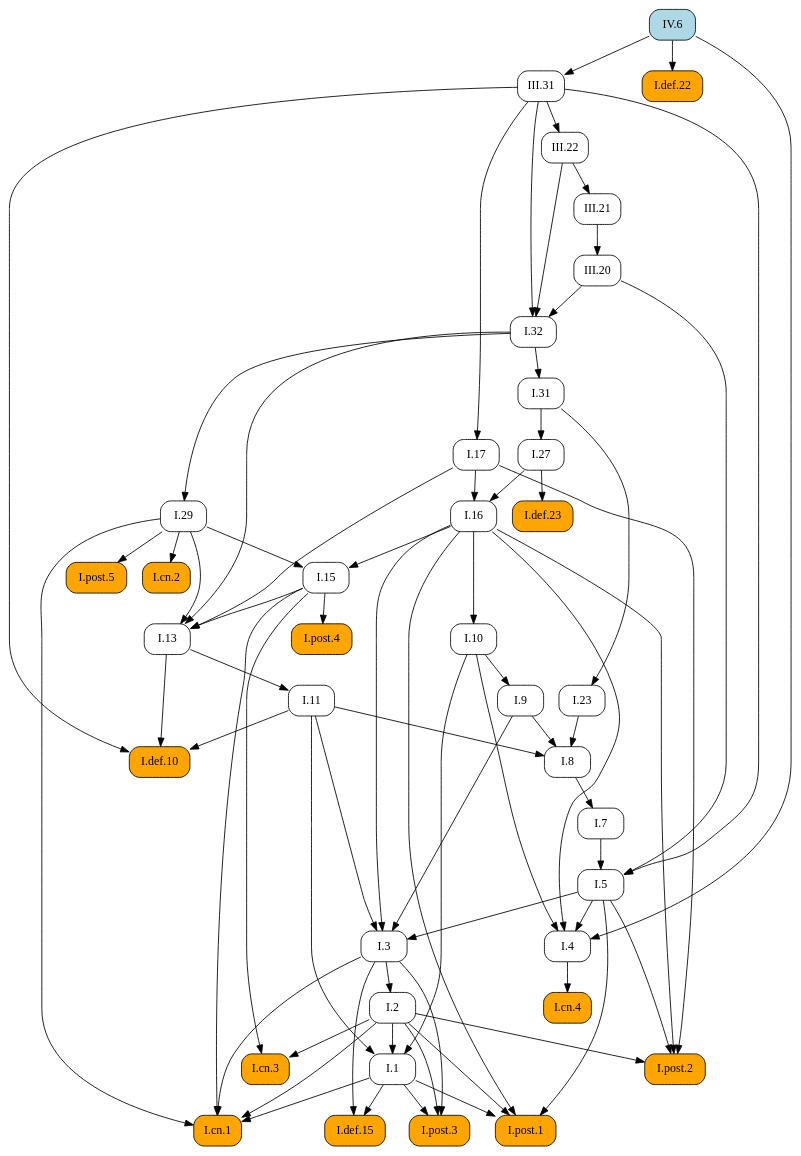
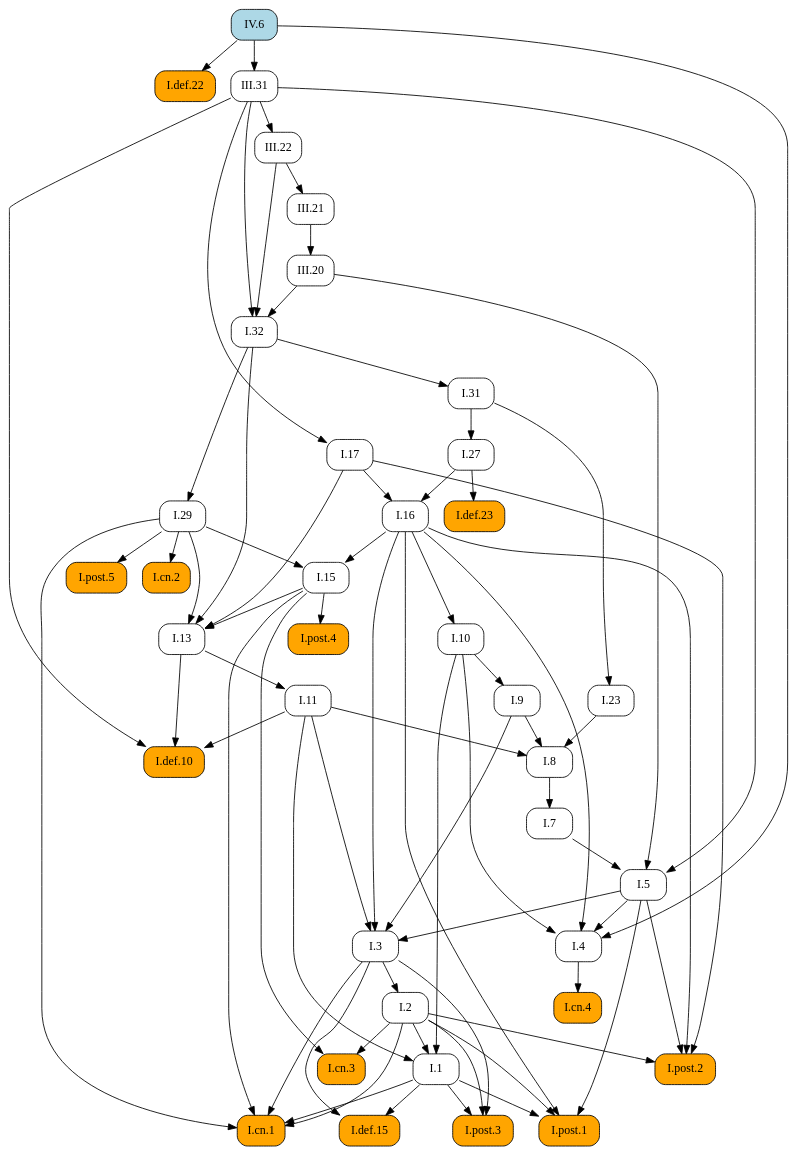
The diagram in docsrc/elements2/IV/6/index.rst (geometor/elements), drawn with Graphviz before and after one commit. The commit also changed other lines of this file and 171 other files, not shown here.

```diff
--- a/docsrc/elements2/IV/6/index.rst
+++ b/docsrc/elements2/IV/6/index.rst
@@ -64,112 +64,112 @@
    digraph {
      rankdir="TB";
      node [shape=box, style=rounded];
+     "I.8" [URL="/elements2/I/8/", target="_top"];
+     "I.32" [URL="/elements2/I/32/", target="_top"];
+     "IV.6" [style="rounded,filled", fillcolor=lightblue, URL="/elements2/IV/6/", target="_top"];
+     "I.post.1" [style="rounded,filled", fillcolor=orange, URL="/elements2/I/post.1/", target="_top"];
+     "I.5" [URL="/elements2/I/5/", target="_top"];
+     "I.def.22" [style="rounded,filled", fillcolor=orange, URL="/elements2/I/def.22/", target="_top"];
+     "I.post.5" [style="rounded,filled", fillcolor=orange, URL="/elements2/I/post.5/", target="_top"];
      "I.def.10" [style="rounded,filled", fillcolor=orange, URL="/elements2/I/def.10/", target="_top"];
+     "I.cn.2" [style="rounded,filled", fillcolor=orange, URL="/elements2/I/cn.2/", target="_top"];
      "III.22" [URL="/elements2/III/22/", target="_top"];
-     "I.32" [URL="/elements2/I/32/", target="_top"];
+     "I.def.15" [style="rounded,filled", fillcolor=orange, URL="/elements2/I/def.15/", target="_top"];
      "III.31" [URL="/elements2/III/31/", target="_top"];
+     "I.31" [URL="/elements2/I/31/", target="_top"];
+     "I.11" [URL="/elements2/I/11/", target="_top"];
+     "I.post.2" [style="rounded,filled", fillcolor=orange, URL="/elements2/I/post.2/", target="_top"];
+     "I.3" [URL="/elements2/I/3/", target="_top"];
+     "I.def.23" [style="rounded,filled", fillcolor=orange, URL="/elements2/I/def.23/", target="_top"];
+     "I.1" [URL="/elements2/I/1/", target="_top"];
      "I.cn.4" [style="rounded,filled", fillcolor=orange, URL="/elements2/I/cn.4/", target="_top"];
-     "I.def.22" [style="rounded,filled", fillcolor=orange, URL="/elements2/I/def.22/", target="_top"];
-     "I.def.15" [style="rounded,filled", fillcolor=orange, URL="/elements2/I/def.15/", target="_top"];
+     "I.cn.3" [style="rounded,filled", fillcolor=orange, URL="/elements2/I/cn.3/", target="_top"];
+     "III.21" [URL="/elements2/III/21/", target="_top"];
+     "III.20" [URL="/elements2/III/20/", target="_top"];
+     "I.17" [URL="/elements2/I/17/", target="_top"];
+     "I.7" [URL="/elements2/I/7/", target="_top"];
+     "I.9" [URL="/elements2/I/9/", target="_top"];
+     "I.cn.1" [style="rounded,filled", fillcolor=orange, URL="/elements2/I/cn.1/", target="_top"];
+     "I.29" [URL="/elements2/I/29/", target="_top"];
+     "I.16" [URL="/elements2/I/16/", target="_top"];
+     "I.post.4" [style="rounded,filled", fillcolor=orange, URL="/elements2/I/post.4/", target="_top"];
+     "I.13" [URL="/elements2/I/13/", target="_top"];
+     "I.2" [URL="/elements2/I/2/", target="_top"];
+     "I.27" [URL="/elements2/I/27/", target="_top"];
+     "I.4" [URL="/elements2/I/4/", target="_top"];
+     "I.10" [URL="/elements2/I/10/", target="_top"];
+     "I.15" [URL="/elements2/I/15/", target="_top"];
+     "I.23" [URL="/elements2/I/23/", target="_top"];
      "I.post.3" [style="rounded,filled", fillcolor=orange, URL="/elements2/I/post.3/", target="_top"];
-     "IV.6" [style="rounded,filled", fillcolor=lightblue, URL="/elements2/IV/6/", target="_top"];
-     "I.27" [URL="/elements2/I/27/", target="_top"];
-     "I.post.2" [style="rounded,filled", fillcolor=orange, URL="/elements2/I/post.2/", target="_top"];
-     "I.13" [URL="/elements2/I/13/", target="_top"];
-     "I.10" [URL="/elements2/I/10/", target="_top"];
-     "I.post.1" [style="rounded,filled", fillcolor=orange, URL="/elements2/I/post.1/", target="_top"];
-     "I.7" [URL="/elements2/I/7/", target="_top"];
-     "I.11" [URL="/elements2/I/11/", target="_top"];
-     "I.4" [URL="/elements2/I/4/", target="_top"];
-     "I.16" [URL="/elements2/I/16/", target="_top"];
-     "I.def.23" [style="rounded,filled", fillcolor=orange, URL="/elements2/I/def.23/", target="_top"];
-     "I.9" [URL="/elements2/I/9/", target="_top"];
-     "I.2" [URL="/elements2/I/2/", target="_top"];
-     "I.cn.2" [style="rounded,filled", fillcolor=orange, URL="/elements2/I/cn.2/", target="_top"];
-     "I.15" [URL="/elements2/I/15/", target="_top"];
-     "I.post.5" [style="rounded,filled", fillcolor=orange, URL="/elements2/I/post.5/", target="_top"];
-     "III.21" [URL="/elements2/III/21/", target="_top"];
-     "I.23" [URL="/elements2/I/23/", target="_top"];
-     "III.20" [URL="/elements2/III/20/", target="_top"];
-     "I.8" [URL="/elements2/I/8/", target="_top"];
-     "I.1" [URL="/elements2/I/1/", target="_top"];
-     "I.31" [URL="/elements2/I/31/", target="_top"];
-     "I.post.4" [style="rounded,filled", fillcolor=orange, URL="/elements2/I/post.4/", target="_top"];
-     "I.cn.1" [style="rounded,filled", fillcolor=orange, URL="/elements2/I/cn.1/", target="_top"];
-     "I.3" [URL="/elements2/I/3/", target="_top"];
-     "I.cn.3" [style="rounded,filled", fillcolor=orange, URL="/elements2/I/cn.3/", target="_top"];
-     "I.17" [URL="/elements2/I/17/", target="_top"];
-     "I.29" [URL="/elements2/I/29/", target="_top"];
-     "I.5" [URL="/elements2/I/5/", target="_top"];
+     "I.9" -> "I.8";
+     "I.11" -> "I.8";
+     "I.23" -> "I.8";
+     "III.20" -> "I.32";
+     "III.22" -> "I.32";
+     "III.31" -> "I.32";
+     "I.1" -> "I.post.1";
+     "I.2" -> "I.post.1";
+     "I.5" -> "I.post.1";
+     "I.16" -> "I.post.1";
+     "I.7" -> "I.5";
+     "III.20" -> "I.5";
+     "III.31" -> "I.5";
+     "IV.6" -> "I.def.22";
+     "I.29" -> "I.post.5";
      "I.11" -> "I.def.10";
      "I.13" -> "I.def.10";
      "III.31" -> "I.def.10";
+     "I.29" -> "I.cn.2";
      "III.31" -> "III.22";
-     "III.20" -> "I.32";
-     "III.22" -> "I.32";
-     "III.31" -> "I.32";
-     "IV.6" -> "III.31";
-     "I.4" -> "I.cn.4";
-     "IV.6" -> "I.def.22";
      "I.1" -> "I.def.15";
      "I.3" -> "I.def.15";
-     "I.1" -> "I.post.3";
-     "I.2" -> "I.post.3";
-     "I.3" -> "I.post.3";
-     "I.31" -> "I.27";
+     "IV.6" -> "III.31";
+     "I.32" -> "I.31";
+     "I.13" -> "I.11";
      "I.2" -> "I.post.2";
      "I.5" -> "I.post.2";
      "I.16" -> "I.post.2";
      "I.17" -> "I.post.2";
-     "I.15" -> "I.13";
-     "I.17" -> "I.13";
-     "I.29" -> "I.13";
-     "I.32" -> "I.13";
-     "I.16" -> "I.10";
-     "I.1" -> "I.post.1";
-     "I.2" -> "I.post.1";
-     "I.5" -> "I.post.1";
-     "I.16" -> "I.post.1";
-     "I.8" -> "I.7";
-     "I.13" -> "I.11";
-     "I.5" -> "I.4";
-     "I.10" -> "I.4";
-     "I.16" -> "I.4";
-     "IV.6" -> "I.4";
-     "I.17" -> "I.16";
-     "I.27" -> "I.16";
+     "I.5" -> "I.3";
+     "I.9" -> "I.3";
+     "I.11" -> "I.3";
+     "I.16" -> "I.3";
      "I.27" -> "I.def.23";
-     "I.10" -> "I.9";
-     "I.3" -> "I.2";
-     "I.29" -> "I.cn.2";
-     "I.16" -> "I.15";
-     "I.29" -> "I.15";
-     "I.29" -> "I.post.5";
-     "III.22" -> "III.21";
-     "I.31" -> "I.23";
-     "III.21" -> "III.20";
-     "I.9" -> "I.8";
-     "I.11" -> "I.8";
-     "I.23" -> "I.8";
      "I.2" -> "I.1";
      "I.10" -> "I.1";
      "I.11" -> "I.1";
-     "I.32" -> "I.31";
-     "I.15" -> "I.post.4";
+     "I.4" -> "I.cn.4";
+     "I.2" -> "I.cn.3";
+     "I.15" -> "I.cn.3";
+     "III.22" -> "III.21";
+     "III.21" -> "III.20";
+     "III.31" -> "I.17";
+     "I.8" -> "I.7";
+     "I.10" -> "I.9";
      "I.1" -> "I.cn.1";
      "I.2" -> "I.cn.1";
      "I.3" -> "I.cn.1";
      "I.15" -> "I.cn.1";
      "I.29" -> "I.cn.1";
-     "I.5" -> "I.3";
-     "I.9" -> "I.3";
-     "I.11" -> "I.3";
-     "I.16" -> "I.3";
-     "I.2" -> "I.cn.3";
-     "I.15" -> "I.cn.3";
-     "III.31" -> "I.17";
      "I.32" -> "I.29";
-     "I.7" -> "I.5";
-     "III.20" -> "I.5";
-     "III.31" -> "I.5";
+     "I.17" -> "I.16";
+     "I.27" -> "I.16";
+     "I.15" -> "I.post.4";
+     "I.15" -> "I.13";
+     "I.17" -> "I.13";
+     "I.29" -> "I.13";
+     "I.32" -> "I.13";
+     "I.3" -> "I.2";
+     "I.31" -> "I.27";
+     "I.5" -> "I.4";
+     "I.10" -> "I.4";
+     "I.16" -> "I.4";
+     "IV.6" -> "I.4";
+     "I.16" -> "I.10";
+     "I.16" -> "I.15";
+     "I.29" -> "I.15";
+     "I.31" -> "I.23";
+     "I.1" -> "I.post.3";
+     "I.2" -> "I.post.3";
+     "I.3" -> "I.post.3";
    }
```
